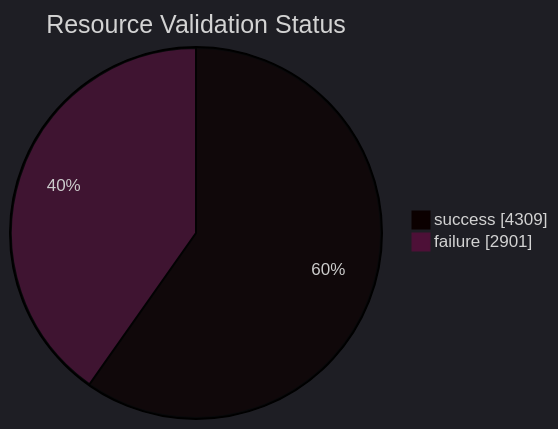
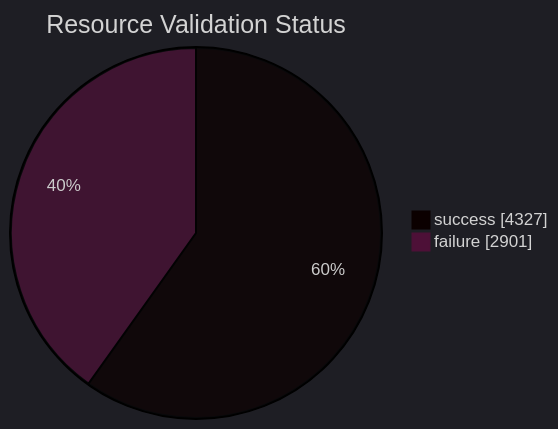
The diagram in datastore_tracker/resource_validation_status_pie_chart.md (open-data/analytics-corporate-reporting), drawn with Mermaid before and after one commit. The commit also changed 9 other files, not shown here.

````diff
--- a/datastore_tracker/resource_validation_status_pie_chart.md
+++ b/datastore_tracker/resource_validation_status_pie_chart.md
@@ -2,9 +2,9 @@
 ```mermaid
 ---
 config:
   theme: dark
 ---
 pie showData title Resource Validation Status
-    "success": 4309
+    "success": 4327
     "failure": 2901
 ```
````
